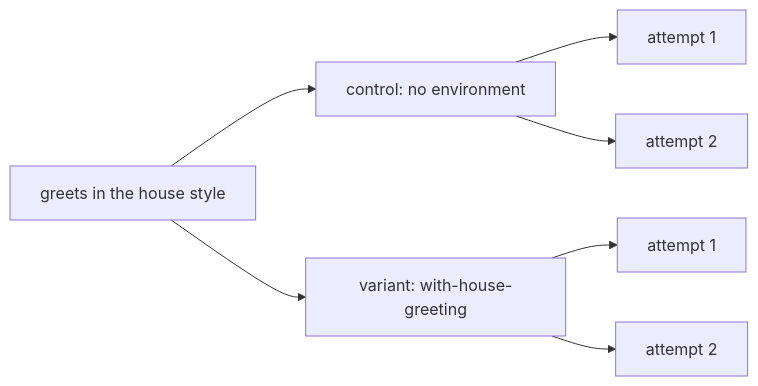
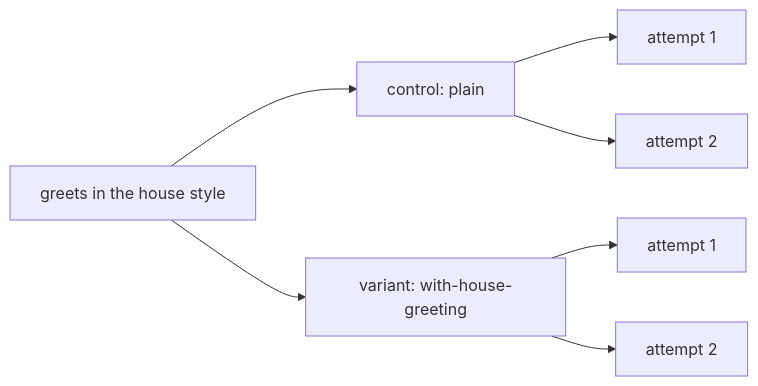
Before and after one commit to invertase/reeval: the diagram in docs/guide/compare.mdx, drawn with Mermaid. The commit also changed other lines of this file and 86 other files, not shown here.

````diff
--- a/docs/guide/compare.mdx
+++ b/docs/guide/compare.mdx
@@ -93,7 +100,7 @@
 ```mermaid
 flowchart LR
-  E[greets in the house style] --> C["control: no environment"]
+  E[greets in the house style] --> C["control: plain"]
   E --> V["variant: with-house-greeting"]
   C --> C1[attempt 1] & C2[attempt 2]
   V --> V1[attempt 1] & V2[attempt 2]
 ```
````
